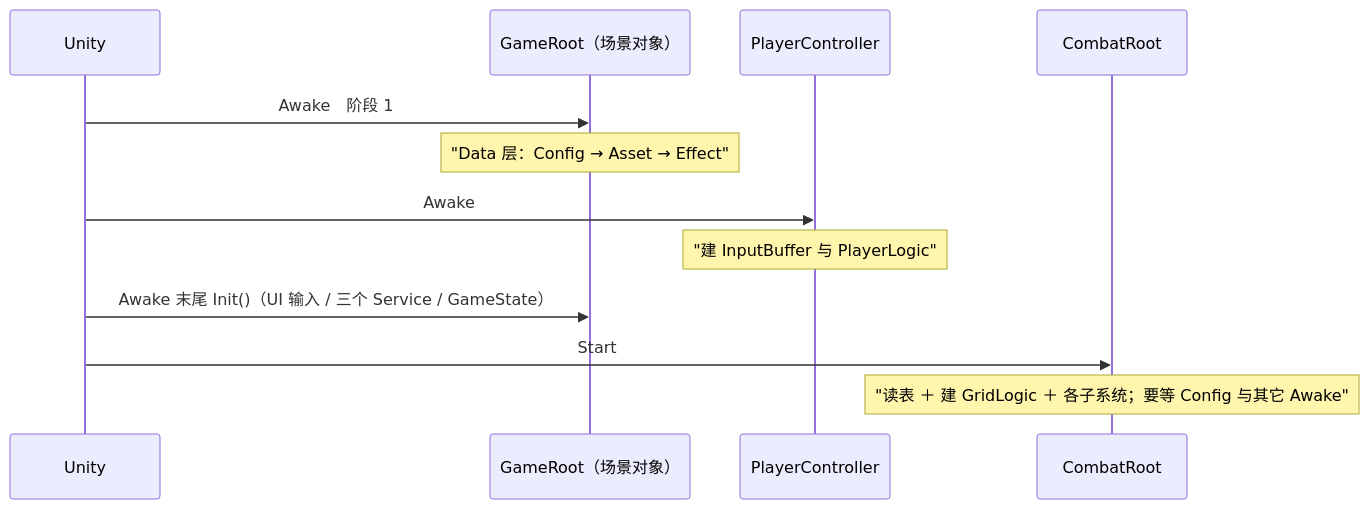
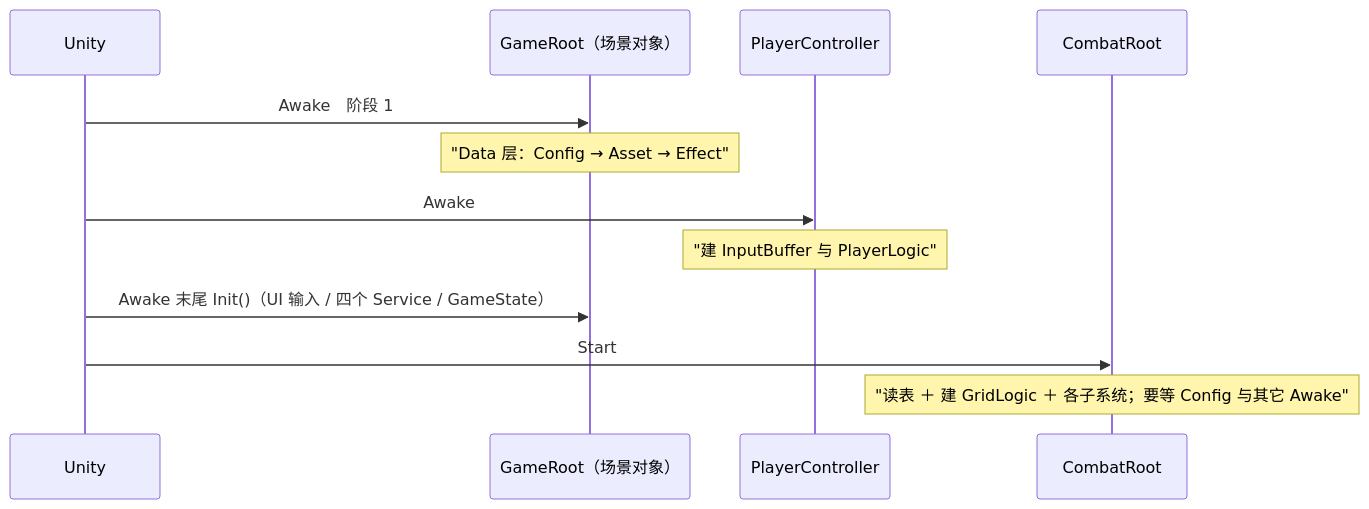
Before and after one commit to 5FYZhou/deepseaoil: the diagram in Docs/框架设计/分层设计/表现层.md, drawn with Mermaid. The commit also changed other lines of this file and 45 other files, not shown here.

````diff
--- a/Docs/框架设计/分层设计/表现层.md
+++ b/Docs/框架设计/分层设计/表现层.md
@@ -42,14 +42,14 @@
 ```mermaid
 sequenceDiagram
     participant U as Unity
     participant GR as GameRoot（场景对象）
     participant PC as PlayerController
     participant CR as CombatRoot
     U->>GR: Awake　阶段 1
     Note over GR: "Data 层：Config → Asset → Effect"
     U->>PC: Awake
     Note over PC: "建 InputBuffer 与 PlayerLogic"
-    U->>GR: Awake 末尾 Init()（UI 输入 / 三个 Service / GameState）
+    U->>GR: Awake 末尾 Init()（UI 输入 / 四个 Service / GameState）
     U->>CR: Start
     Note over CR: "读表 ＋ 建 GridLogic ＋ 各子系统；要等 Config 与其它 Awake"
 ```
````
